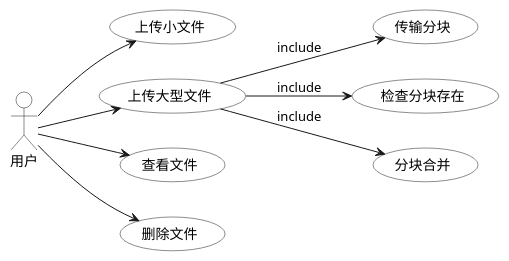
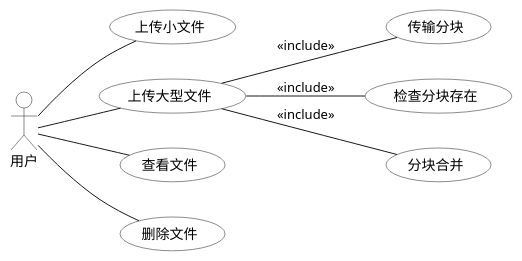
One commit to hitzaki/biz-center changed the diagram in a-uml/用例图/对象存储-用户.puml. Above: the diagram before and after it, drawn with PlantUML. The commit also changed 32 other files, not shown here.

```diff
--- a/a-uml/用例图/对象存储-用户.puml
+++ b/a-uml/用例图/对象存储-用户.puml
@@ -1,24 +1,24 @@
 @startuml
 '最近一次更新时间: 2024-05-05
 left to right direction
 
 :用户: as User #white
 
 (上传小文件) as (Use1) #white
 (上传大型文件) as (Use2) #white
   (传输分块) as (Use21) #white
   (检查分块存在) as (Use22) #white
   (分块合并) as (Use23) #white
 (查看文件) as (Use3) #white
 (删除文件) as (Use4) #white
 
-User -down-> (Use1)
-User -down-> (Use2)
-User -down-> (Use3)
-User -down-> (Use4)
+User -down- (Use1)
+User -down- (Use2)
+User -down- (Use3)
+User -down- (Use4)
 
-(Use2) --> (Use21):include
-(Use2) --> (Use22):include
-(Use2) --> (Use23):include
+(Use2) -- (Use21):<<include>>
+(Use2) -- (Use22):<<include>>
+(Use2) -- (Use23):<<include>>
 
 @enduml
```
